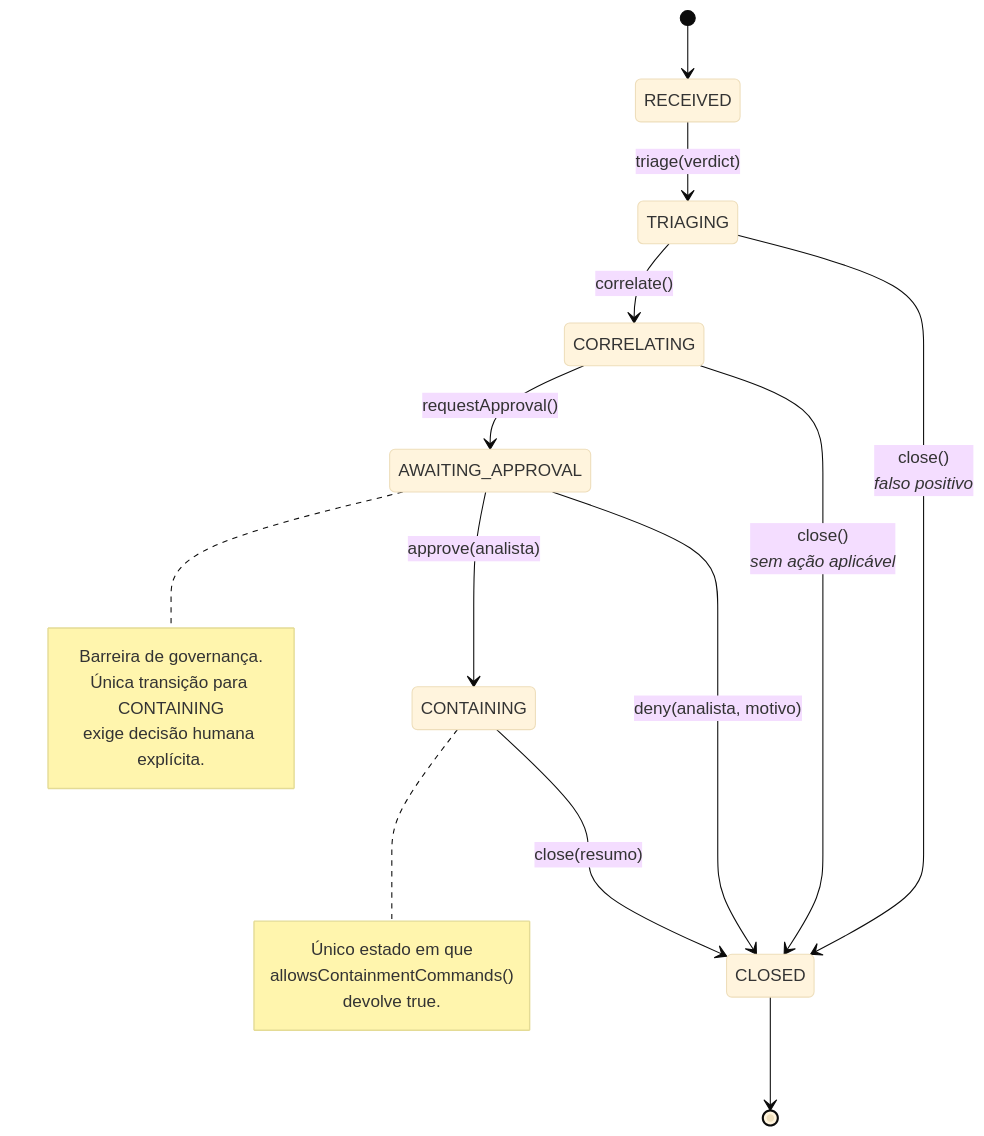
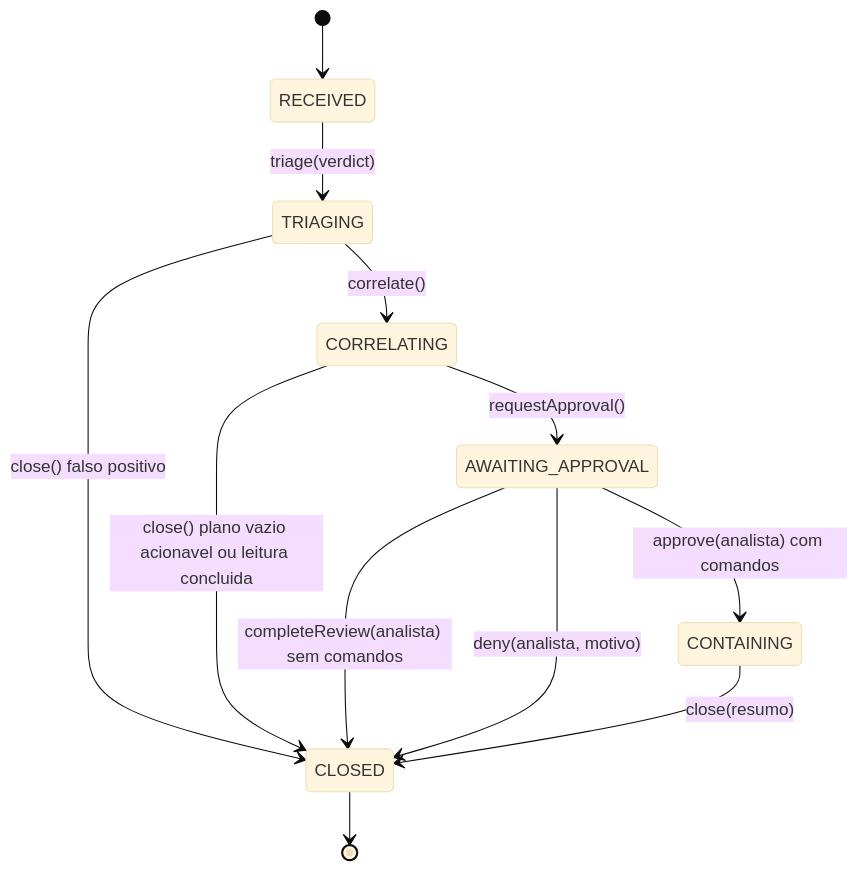
The second of 6 diagrams in docs/arquitetura.md (Galaticos-API/ES-III), drawn with Mermaid (base theme) before and after one commit. The commit also changed other lines of this file and 28 other files, not shown here.

````diff
--- a/docs/arquitetura.md
+++ b/docs/arquitetura.md
@@ -133,29 +39,14 @@
 ```mermaid
 stateDiagram-v2
     [*] --> RECEIVED
     RECEIVED --> TRIAGING : triage(verdict)
-
     TRIAGING --> CORRELATING : correlate()
-    TRIAGING --> CLOSED : close() <br/><i>falso positivo</i>
-
+    TRIAGING --> CLOSED : close() falso positivo
     CORRELATING --> AWAITING_APPROVAL : requestApproval()
-    CORRELATING --> CLOSED : close() <br/><i>sem ação aplicável</i>
-
-    AWAITING_APPROVAL --> CONTAINING : approve(analista)
+    CORRELATING --> CLOSED : close() plano vazio acionavel ou leitura concluida
+    AWAITING_APPROVAL --> CONTAINING : approve(analista) com comandos
+    AWAITING_APPROVAL --> CLOSED : completeReview(analista) sem comandos
     AWAITING_APPROVAL --> CLOSED : deny(analista, motivo)
-
     CONTAINING --> CLOSED : close(resumo)
     CLOSED --> [*]
-
-    note right of AWAITING_APPROVAL
-        Barreira de governança.
-        Única transição para CONTAINING
-        exige decisão humana explícita.
-    end note
-
-    note right of CONTAINING
-        Único estado em que
-        allowsContainmentCommands()
-        devolve true.
-    end note
 ```
````
